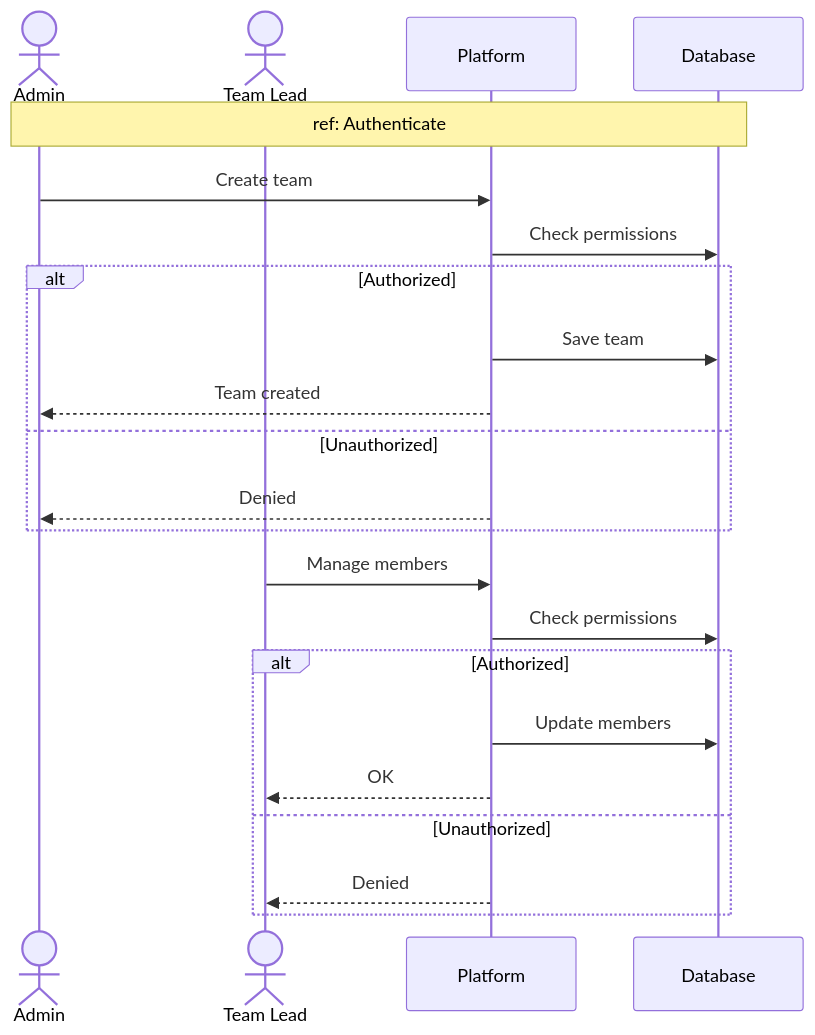
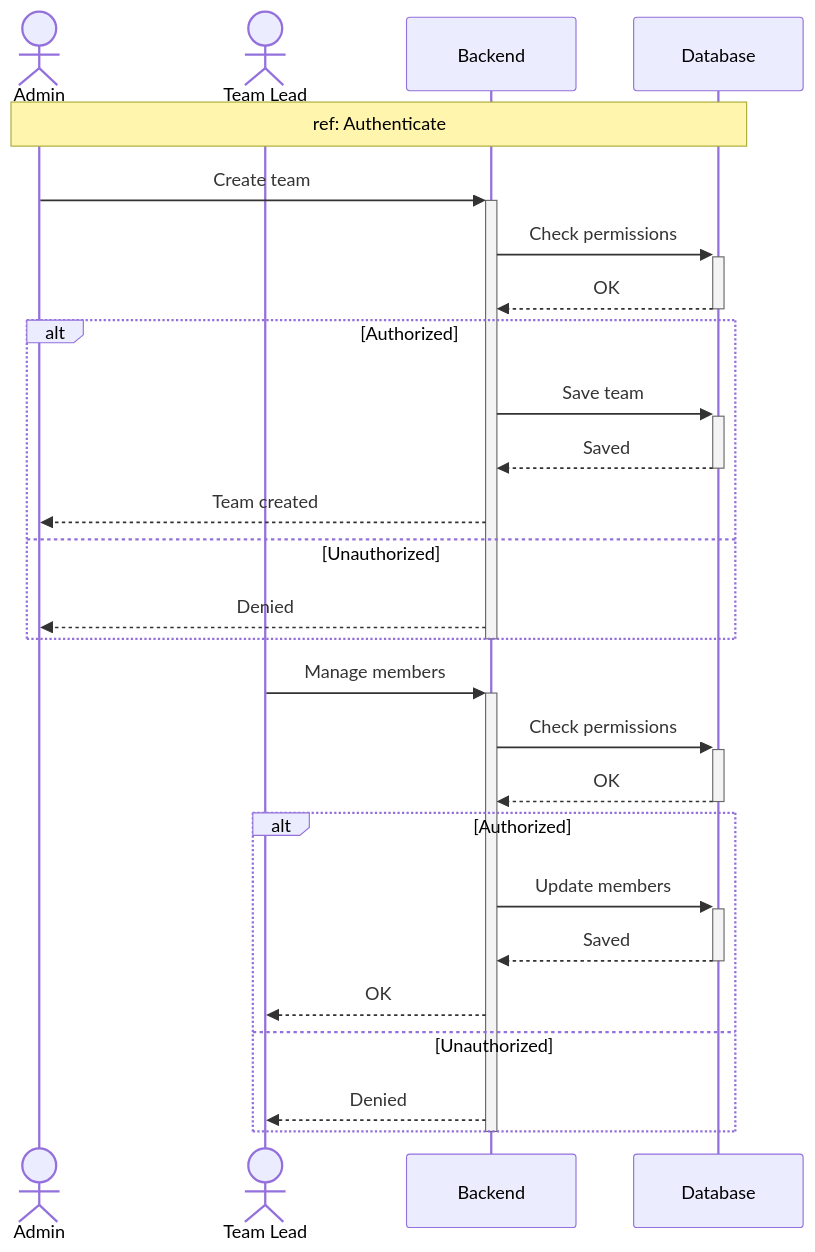
The eighth of 16 diagrams in docs/SEQUENCE_DIAGRAMS.md (MohamedChebbi123/teamnest), drawn with Mermaid before and after one commit. The commit also changed other lines of this file, not shown here.

````diff
--- a/docs/SEQUENCE_DIAGRAMS.md
+++ b/docs/SEQUENCE_DIAGRAMS.md
@@ -244,27 +277,33 @@
 ```mermaid
 sequenceDiagram
     actor Admin
     actor Lead as Team Lead
-    participant API as Platform
+    participant API as Backend
     participant DB as Database
 
     Note over Admin,DB: ref: Authenticate
 
-    Admin->>API: Create team
-    API->>DB: Check permissions
+    Admin->>+API: Create team
+    API->>+DB: Check permissions
+    DB-->>-API: OK
     alt Authorized
-        API->>DB: Save team
+        API->>+DB: Save team
+        DB-->>-API: Saved
         API-->>Admin: Team created
     else Unauthorized
         API-->>Admin: Denied
     end
+    deactivate API
 
-    Lead->>API: Manage members
-    API->>DB: Check permissions
+    Lead->>+API: Manage members
+    API->>+DB: Check permissions
+    DB-->>-API: OK
     alt Authorized
-        API->>DB: Update members
+        API->>+DB: Update members
+        DB-->>-API: Saved
         API-->>Lead: OK
     else Unauthorized
         API-->>Lead: Denied
     end
+    deactivate API
 ```
````
